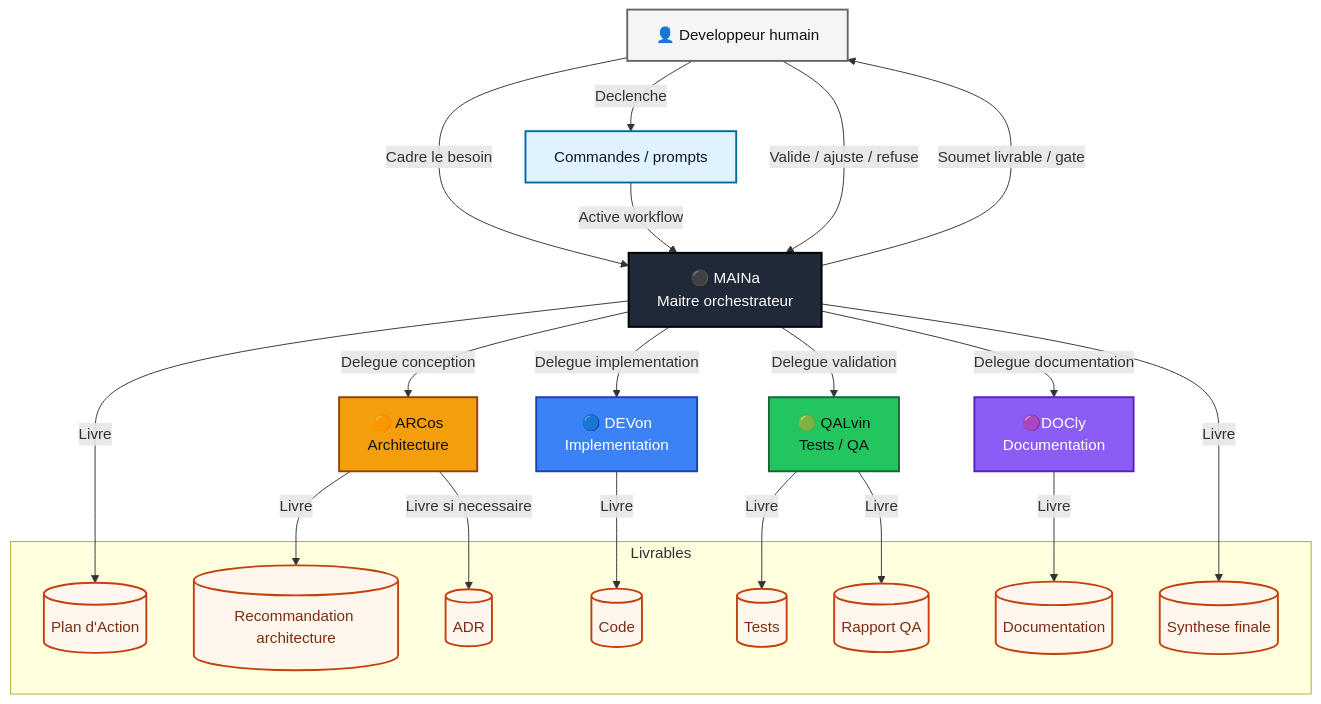
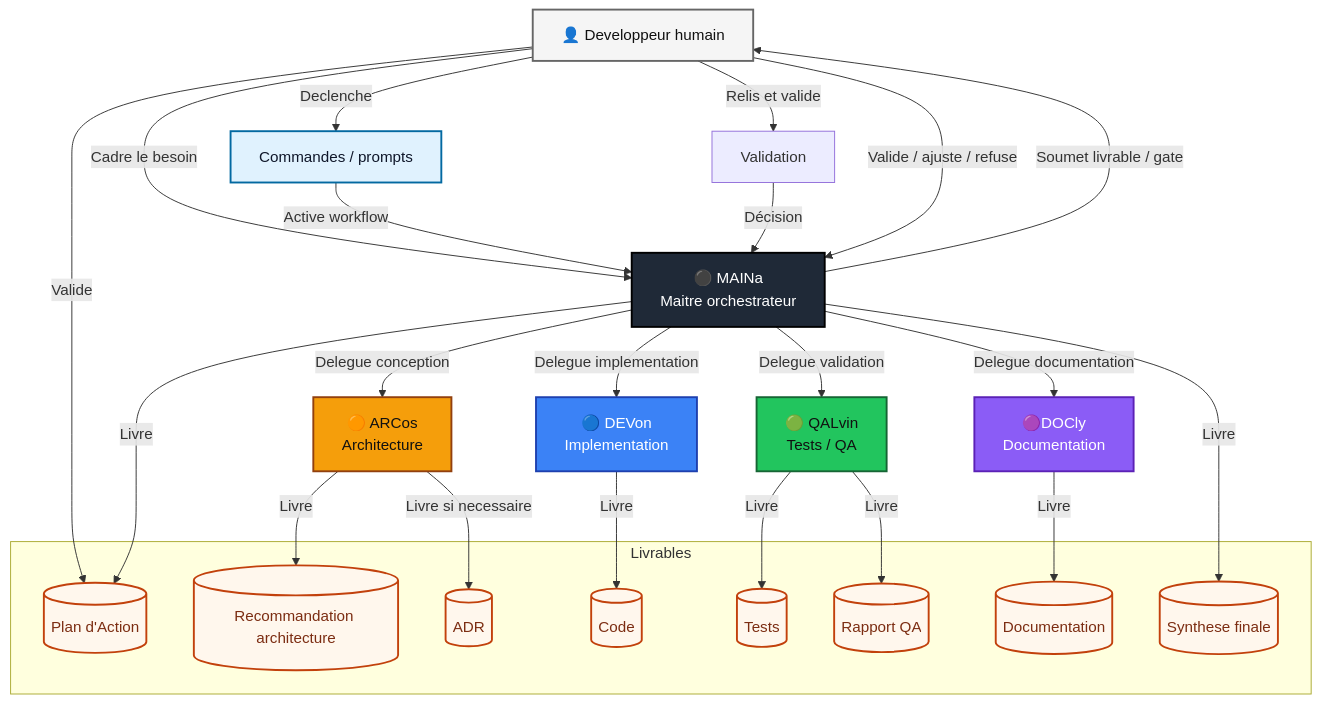
Before and after one commit to vzwingma/vzwingma: the diagram in docs/diagrams/orchestration-agents.mmd, drawn with Mermaid.

```diff
--- a/docs/diagrams/orchestration-agents.mmd
+++ b/docs/diagrams/orchestration-agents.mmd
@@ -1,60 +1,65 @@
 flowchart TD
   Human[👤 Developpeur humain]
   Maina[⚫ MAINa<br/>Maitre orchestrateur]
   Arcos[🟠 ARCos<br/>Architecture]
   Devon[🔵 DEVon<br/>Implementation]
   Qalvin[🟢 QALvin<br/>Tests / QA]
   Docly[🟣DOCly<br/>Documentation]
   Commands[Commandes / prompts]
+  ValidCommande[Validation]
 
   subgraph Deliverables[Livrables]
     ActionPlan[(Plan d'Action)]
     Architecture[(Recommandation architecture)]
     Adr[(ADR)]
     Code[(Code)]
     Tests[(Tests)]
     QaReport[(Rapport QA)]
     Documentation[(Documentation)]
     FinalSummary[(Synthese finale)]
   end
 
   Human -->|Cadre le besoin| Maina
+  Human -->|Valide| ActionPlan
   Human -->|Declenche| Commands
   Commands -->|Active workflow| Maina
+
+Human -->|Relis et valide| ValidCommande
+ValidCommande -->|Décision| Maina
 
   Maina -->|Delegue conception| Arcos
   Maina -->|Delegue implementation| Devon
   Maina -->|Delegue validation| Qalvin
   Maina -->|Delegue documentation| Docly
 
   Arcos -->|Livre| Architecture
   Arcos -->|Livre si necessaire| Adr
   Maina -->|Livre| ActionPlan
   Devon -->|Livre| Code
   Qalvin -->|Livre| Tests
   Qalvin -->|Livre| QaReport
   Docly -->|Livre| Documentation
   Maina -->|Livre| FinalSummary
 
 
 
   Maina -->|Soumet livrable / gate| Human
   Human -->|Valide / ajuste / refuse| Maina
 
   classDef human fill:#f5f5f5,stroke:#666666,color:#111111,stroke-width:2px
   classDef maina fill:#1f2937,stroke:#000000,color:#ffffff,stroke-width:2px
   classDef arcos fill:#f59e0b,stroke:#92400e,color:#111111,stroke-width:2px
   classDef devon fill:#3b82f6,stroke:#1e40af,color:#ffffff,stroke-width:2px
   classDef qalvin fill:#22c55e,stroke:#166534,color:#111111,stroke-width:2px
   classDef docly fill:#8b5cf6,stroke:#5b21b6,color:#ffffff,stroke-width:2px
   classDef command fill:#e0f2fe,stroke:#0369a1,color:#0f172a,stroke-width:2px
   classDef deliverable fill:#fff7ed,stroke:#c2410c,color:#7c2d12,stroke-width:2px
 
   class Human human
   class Maina maina
   class Arcos arcos
   class Devon devon
   class Qalvin qalvin
   class Docly docly
   class Commands command
   class ActionPlan,Architecture,Adr,Code,Tests,QaReport,Documentation,FinalSummary deliverable
```
